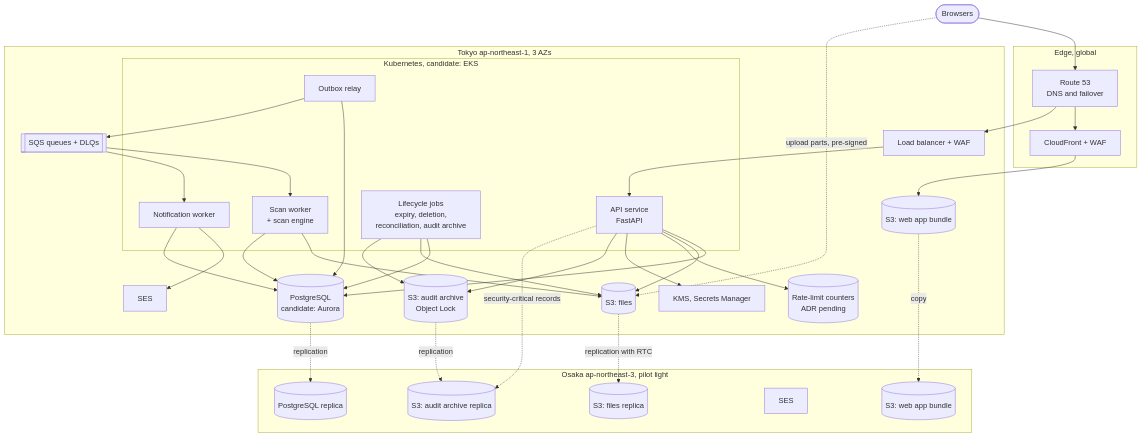
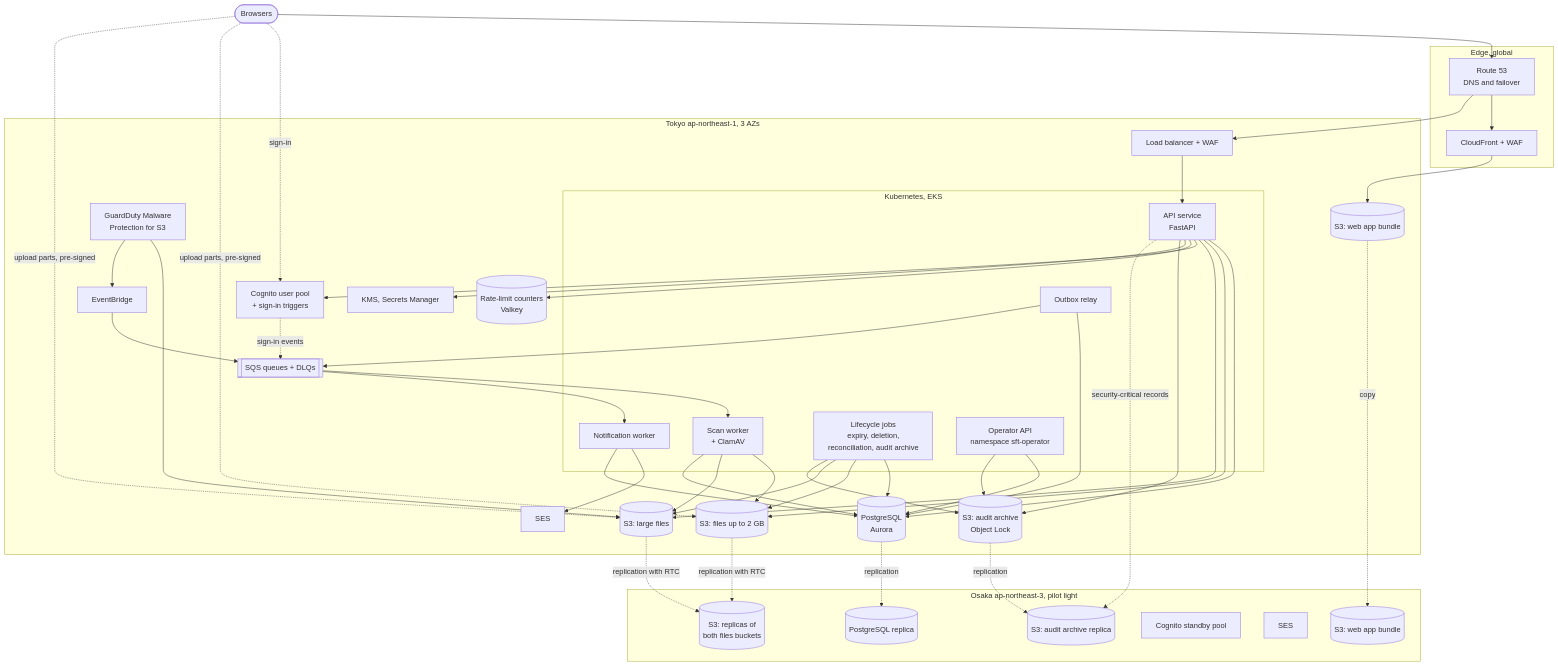
One commit to codewithmuh/secure-file-transfer changed the second of 8 diagrams in docs/architecture.md. Above: the diagram before and after it, drawn with Mermaid. The commit also changed other lines of this file and 10 other files, not shown here.

````diff
--- a/docs/architecture.md
+++ b/docs/architecture.md
@@ -40,60 +42,79 @@
 ```mermaid
 flowchart TB
     browser(["Browsers"])
     subgraph edge["Edge, global"]
         r53["Route 53<br/>DNS and failover"]
         cf["CloudFront + WAF"]
     end
     subgraph tokyo["Tokyo ap-northeast-1, 3 AZs"]
         alb["Load balancer + WAF"]
-        subgraph k8s["Kubernetes, candidate: EKS"]
+        subgraph k8s["Kubernetes, EKS"]
             api["API service<br/>FastAPI"]
             relay["Outbox relay"]
-            scan["Scan worker<br/>+ scan engine"]
+            scan["Scan worker<br/>+ ClamAV"]
             notify["Notification worker"]
             jobs["Lifecycle jobs<br/>expiry, deletion,<br/>reconciliation, audit archive"]
+            opapi["Operator API<br/>namespace sft-operator"]
         end
-        db[("PostgreSQL<br/>candidate: Aurora")]
-        files[("S3: files")]
+        cognito["Cognito user pool<br/>+ sign-in triggers"]
+        db[("PostgreSQL<br/>Aurora")]
+        files[("S3: files up to 2 GB")]
+        large[("S3: large files")]
+        gd["GuardDuty Malware<br/>Protection for S3"]
+        evb["EventBridge"]
         audit[("S3: audit archive<br/>Object Lock")]
         web[("S3: web app bundle")]
         sqs[["SQS queues + DLQs"]]
-        rl[("Rate-limit counters<br/>ADR pending")]
+        rl[("Rate-limit counters<br/>Valkey")]
         ses["SES"]
         kms["KMS, Secrets Manager"]
     end
     subgraph osaka["Osaka ap-northeast-3, pilot light"]
         db2[("PostgreSQL replica")]
-        files2[("S3: files replica")]
+        files2[("S3: replicas of<br/>both files buckets")]
         audit2[("S3: audit archive replica")]
+        cognito2["Cognito standby pool"]
         ses2["SES"]
         web2[("S3: web app bundle")]
     end
     browser --> r53
     r53 --> cf
     cf --> web
     r53 --> alb
     alb --> api
+    browser -. "sign-in" .-> cognito
     browser -. "upload parts, pre-signed" .-> files
+    browser -. "upload parts, pre-signed" .-> large
     api --> db
     api --> files
+    api --> large
+    api --> cognito
     api --> rl
     api --> kms
     api --> audit
+    cognito -. "sign-in events" .-> sqs
+    opapi --> db
+    opapi --> audit
     relay --> db
     relay --> sqs
     sqs --> scan
     sqs --> notify
     scan --> files
+    scan --> large
     scan --> db
+    gd --> large
+    gd --> evb
+    evb --> sqs
     notify --> ses
     notify --> db
     jobs --> db
     jobs --> files
+    jobs --> large
     jobs --> audit
     db -. "replication" .-> db2
     files -. "replication with RTC" .-> files2
+    large -. "replication with RTC" .-> files2
     audit -. "replication" .-> audit2
     api -. "security-critical records" .-> audit2
     web -. "copy" .-> web2
 ```
````
